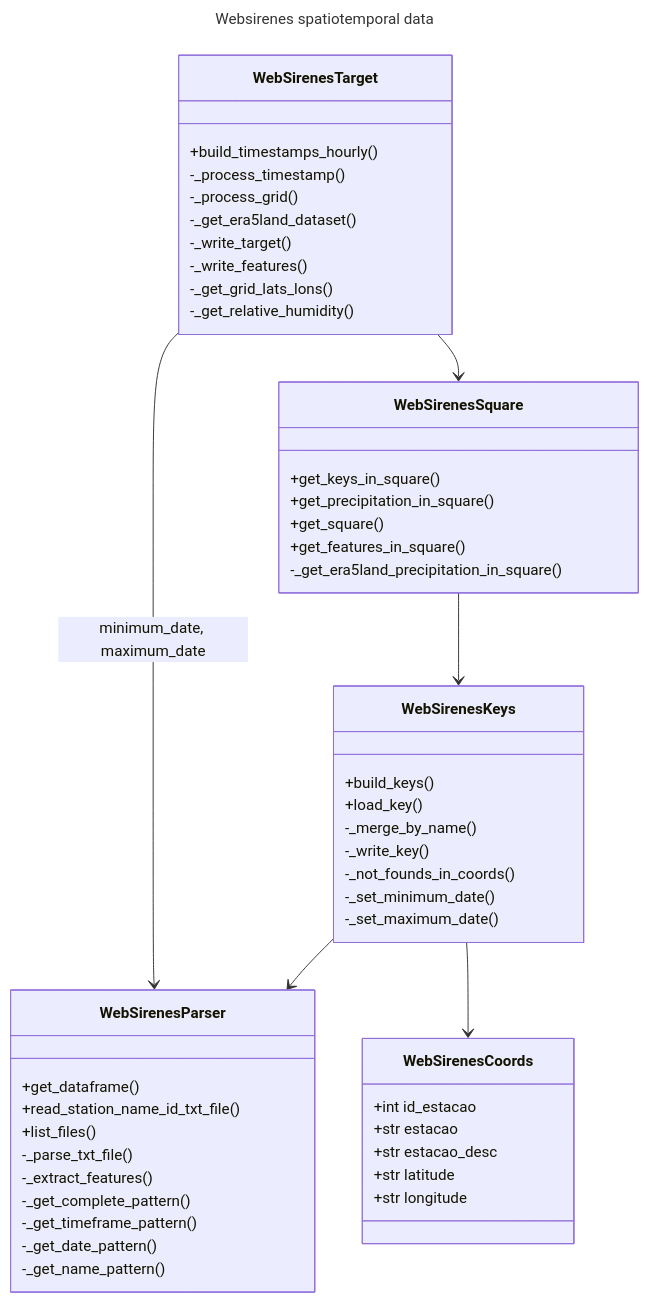
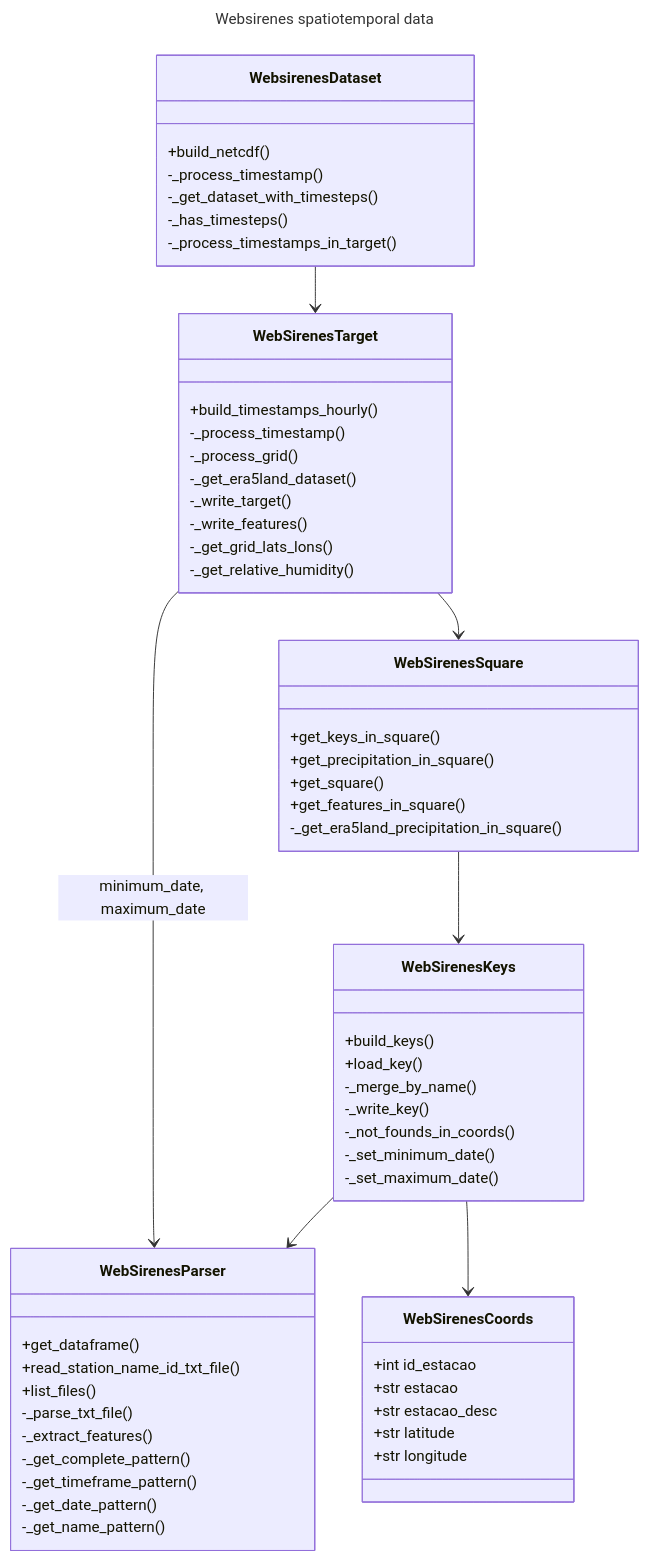
Before and after one commit to NietoCurcio/atmoseer: the diagram in src/spatiotemporal_builder/README.md, drawn with Mermaid. The commit also changed other lines of this file, not shown here.

````diff
--- a/src/spatiotemporal_builder/README.md
+++ b/src/spatiotemporal_builder/README.md
@@ -31,63 +31,73 @@
 ```mermaid
 ---
 title: Websirenes spatiotemporal data
 ---
 classDiagram
     class WebSirenesParser {
         +get_dataframe()
         +read_station_name_id_txt_file()
         +list_files()
         -_parse_txt_file()
         -_extract_features()
         -_get_complete_pattern()
         -_get_timeframe_pattern()
         -_get_date_pattern()
         -_get_name_pattern()
     }
 
     class WebSirenesCoords {
         +int id_estacao
         +str estacao
         +str estacao_desc
         +str latitude
         +str longitude
     }
 
     class WebSirenesKeys {
         +build_keys()
         +load_key()
         -_merge_by_name()
         -_write_key()
         -_not_founds_in_coords()
         -_set_minimum_date()
         -_set_maximum_date()
 
     }
 
     class WebSirenesSquare {
         +get_keys_in_square()
         +get_precipitation_in_square()
         +get_square()
         +get_features_in_square()
         -_get_era5land_precipitation_in_square()
     }
 
     class WebSirenesTarget {
         +build_timestamps_hourly()
         -_process_timestamp()
         -_process_grid()
         -_get_era5land_dataset()
         -_write_target()
         -_write_features()
         -_get_grid_lats_lons()
         -_get_relative_humidity()
     }
 
+    class WebsirenesDataset {
+        +build_netcdf()
+        -_process_timestamp()
+        -_get_dataset_with_timesteps()
+        -_has_timesteps()
+        -_process_timestamps_in_target()
+    }
+
     WebSirenesKeys --> WebSirenesParser
     WebSirenesKeys --> WebSirenesCoords
 
     WebSirenesSquare --> WebSirenesKeys
 
     WebSirenesTarget --> WebSirenesParser: minimum_date, maximum_date
     WebSirenesTarget --> WebSirenesSquare
+
+    WebsirenesDataset --> WebSirenesTarget
 ```
````
